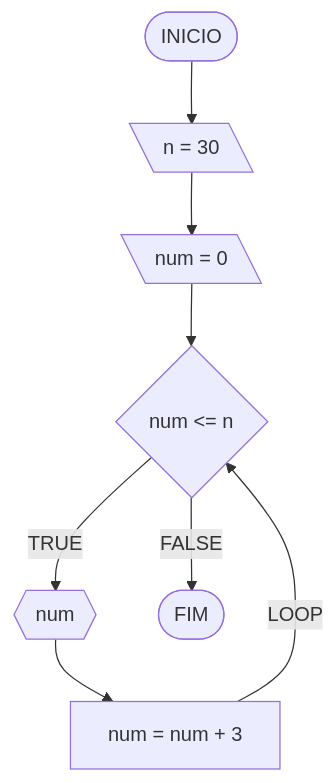
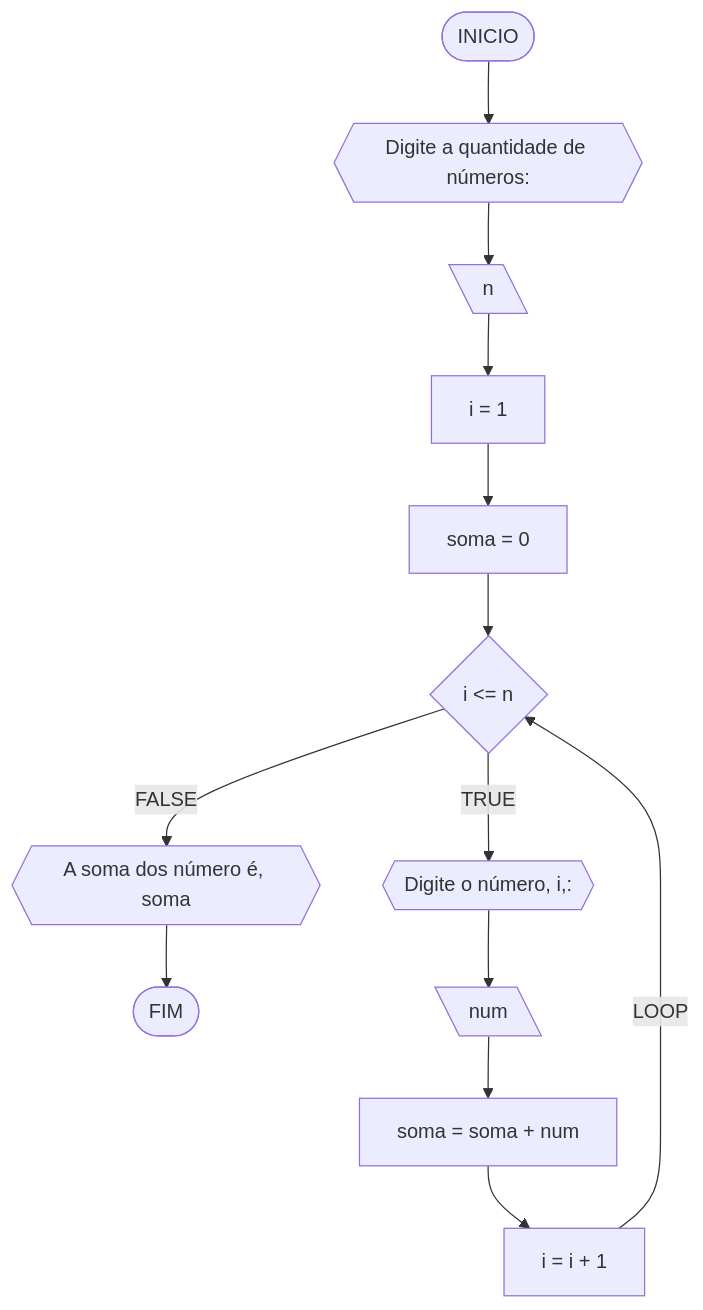
Before and after one commit to eryckmike/Unifor: the fifth of 7 diagrams in RLA/AV1/Lista3_AV1.md, drawn with Mermaid. The commit also changed other lines of this file, not shown here.

````diff
--- a/RLA/AV1/Lista3_AV1.md
+++ b/RLA/AV1/Lista3_AV1.md
@@ -45,10 +258,15 @@
 ```mermaid
 flowchart TD
-A([INICIO]) --> B[\n = 30\]
-B --> C[\num = 0\]
-C --> D{num <= n}
-D --TRUE--> F{{num}}
-F --> H[num = num + 3]
-H --LOOP--> D
-D --FALSE--> E([FIM])
+A([INICIO]) --> B{{"Digite a quantidade de números:"}}
+B --> C[\n\]
+C --> D[i = 1]
+D --> E[soma = 0]
+E --> F{i <= n}
+F --FALSE--> G{{A soma dos número é, soma}}
+G --> L([FIM])
+F --TRUE--> H{{Digite o número, i,:}}
+H --> I[\num\]
+I --> J[soma = soma + num]
+J --> K[i = i + 1]
+K --LOOP--> F
 ```
````
